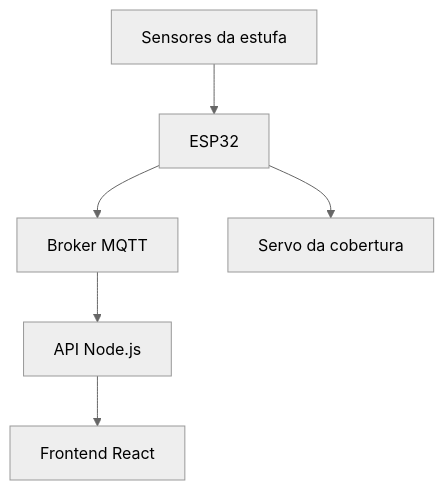
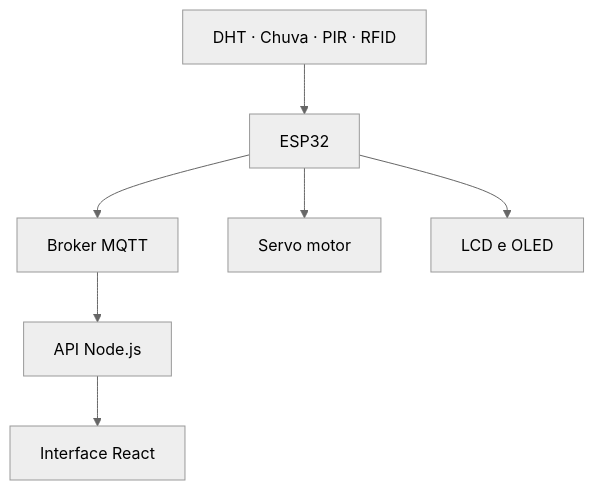
Before and after one commit to RafaelaSsilva28/Projeto-Estufa: the diagram in README.md, drawn with Mermaid (neutral theme). The commit also changed other lines of this file, not shown here.

````diff
--- a/README.md
+++ b/README.md
@@ -47,8 +56,9 @@
 ```mermaid
 flowchart TD
-    A["Sensores da estufa"] --> B["ESP32"]
+    A["DHT · Chuva · PIR · RFID"] --> B["ESP32"]
     B --> C["Broker MQTT"]
     C --> D["API Node.js"]
-    D --> E["Frontend React"]
-    B --> F["Servo da cobertura"]
+    D --> E["Interface React"]
+    B --> F["Servo motor"]
+    B --> G["LCD e OLED"]
 ```
````
